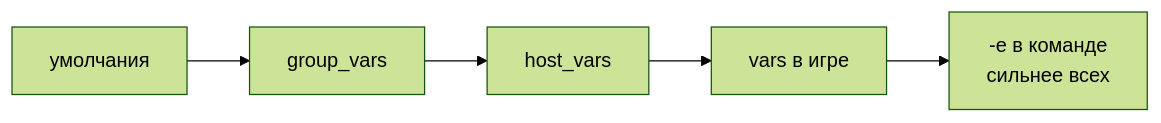
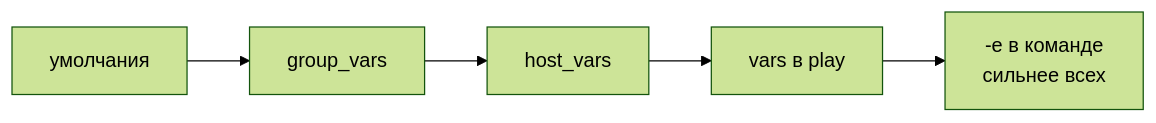
Before and after one commit to distinguished-sre/learning: the second of 4 diagrams in devops/07-iac/05-ansible-playbooks.md, drawn with Mermaid (forest theme). The commit also changed other lines of this file and 462 other files, not shown here.

````diff
--- a/devops/07-iac/05-ansible-playbooks.md
+++ b/devops/07-iac/05-ansible-playbooks.md
@@ -161,4 +154,4 @@
 ```mermaid
 flowchart LR
-    A["умолчания"] --> B["group_vars"] --> C["host_vars"] --> D["vars в игре"] --> E["-e в команде<br>сильнее всех"]
+    A["умолчания"] --> B["group_vars"] --> C["host_vars"] --> D["vars в play"] --> E["-e в команде<br>сильнее всех"]
 ```
````
